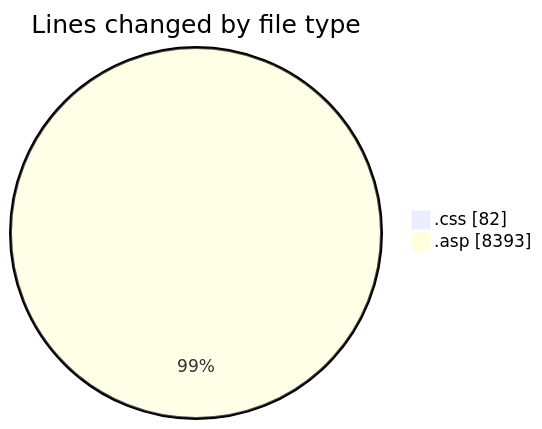
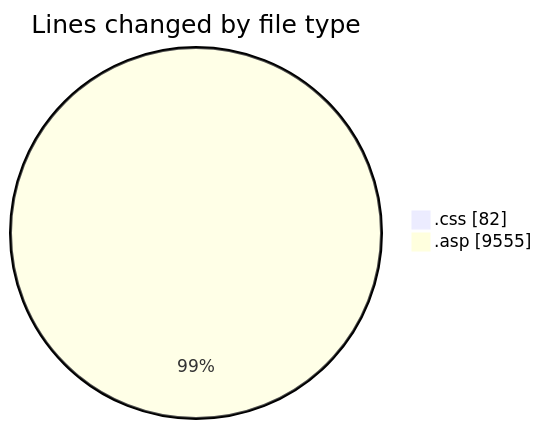
The first of 2 diagrams in 2025-11-16/cdp_aleoudev_fr__workspace_/README.md (julien-gomy/code-tracking), drawn with Mermaid before and after one commit. The commit also changed other lines of this file and 1 other file, not shown here.

````diff
--- a/2025-11-16/cdp_aleoudev_fr__workspace_/README.md
+++ b/2025-11-16/cdp_aleoudev_fr__workspace_/README.md
@@ -31,6 +33,6 @@
 ```mermaid
 pie showData
 title Lines changed by file type
 ".css" : 82
-".asp" : 8393
+".asp" : 9555
 ```
````
